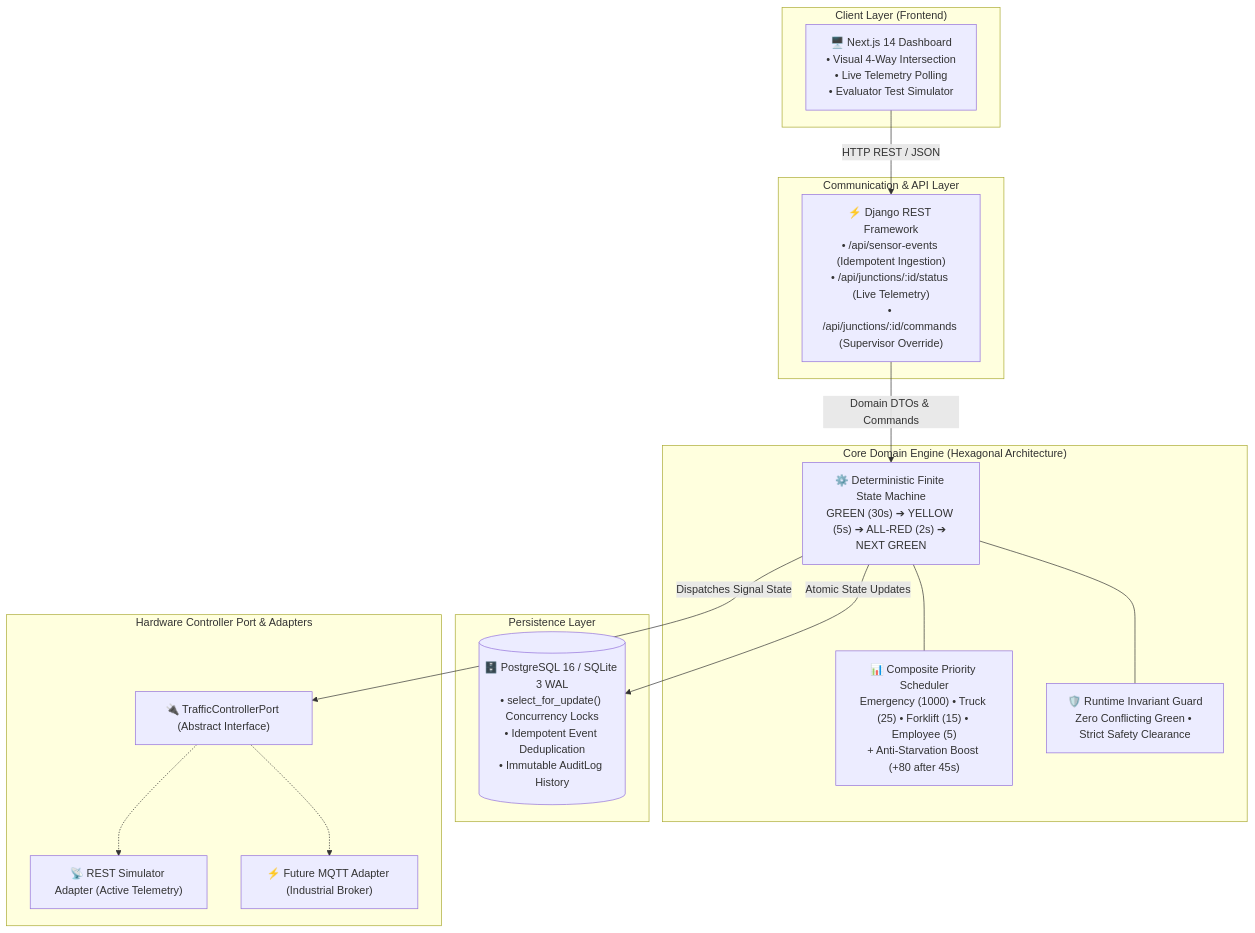
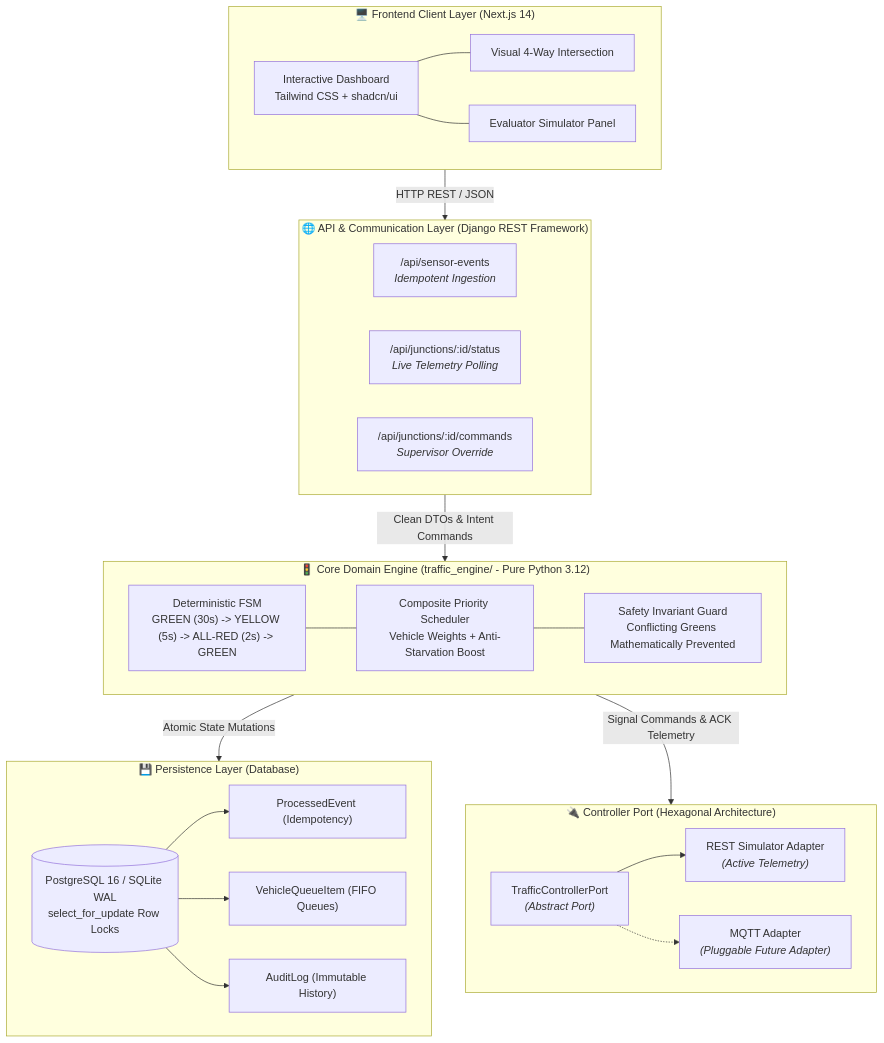
Before and after one commit to ArkaKarmoker/factory-traffic-management-system: the first of 2 diagrams in README.md, drawn with Mermaid.

````diff
--- a/README.md
+++ b/README.md
@@ -19,35 +19,47 @@
 ```mermaid
 flowchart TD
-    subgraph FRONTEND ["Client Layer (Frontend)"]
-        FE["🖥️ Next.js 14 Dashboard<br/>• Visual 4-Way Intersection<br/>• Live Telemetry Polling<br/>• Evaluator Test Simulator"]
+    subgraph FrontendLayer["🖥️ Frontend Client Layer (Next.js 14)"]
+        UI["Interactive Dashboard<br/>Tailwind CSS + shadcn/ui"]
+        Viz["Visual 4-Way Intersection"]
+        Sim["Evaluator Simulator Panel"]
+        UI --- Viz
+        UI --- Sim
     end
 
-    subgraph API_LAYER ["Communication & API Layer"]
-        DRF["⚡ Django REST Framework<br/>• /api/sensor-events (Idempotent Ingestion)<br/>• /api/junctions/:id/status (Live Telemetry)<br/>• /api/junctions/:id/commands (Supervisor Override)"]
+    subgraph ApiLayer["🌐 API & Communication Layer (Django REST Framework)"]
+        SensorAPI["/api/sensor-events<br/><i>Idempotent Ingestion</i>"]
+        StatusAPI["/api/junctions/:id/status<br/><i>Live Telemetry Polling</i>"]
+        CommandAPI["/api/junctions/:id/commands<br/><i>Supervisor Override</i>"]
     end
 
-    subgraph DOMAIN ["Core Domain Engine (Hexagonal Architecture)"]
-        FSM["⚙️ Deterministic Finite State Machine<br/>GREEN (30s) ➔ YELLOW (5s) ➔ ALL-RED (2s) ➔ NEXT GREEN"]
-        SCHED["📊 Composite Priority Scheduler<br/>Emergency (1000) • Truck (25) • Forklift (15) • Employee (5)<br/>+ Anti-Starvation Boost (+80 after 45s)"]
-        INV["🛡️ Runtime Invariant Guard<br/>Zero Conflicting Green • Strict Safety Clearance"]
+    subgraph CoreEngine["🚦 Core Domain Engine (traffic_engine/ - Pure Python 3.12)"]
+        FSM["Deterministic FSM<br/>GREEN (30s) -> YELLOW (5s) -> ALL-RED (2s) -> GREEN"]
+        Scheduler["Composite Priority Scheduler<br/>Vehicle Weights + Anti-Starvation Boost"]
+        Guard["Safety Invariant Guard<br/>Conflicting Greens Mathematically Prevented"]
+        FSM --- Scheduler
+        Scheduler --- Guard
     end
 
-    subgraph STORAGE ["Persistence Layer"]
-        DB[("🗄️ PostgreSQL 16 / SQLite 3 WAL<br/>• select_for_update() Concurrency Locks<br/>• Idempotent Event Deduplication<br/>• Immutable AuditLog History")]
+    subgraph PersistenceLayer["💾 Persistence Layer (Database)"]
+        DB[("PostgreSQL 16 / SQLite WAL<br/>select_for_update Row Locks")]
+        Events["ProcessedEvent (Idempotency)"]
+        Queues["VehicleQueueItem (FIFO Queues)"]
+        Audit["AuditLog (Immutable History)"]
+        DB --> Events
+        DB --> Queues
+        DB --> Audit
     end
 
-    subgraph CONTROLLER ["Hardware Controller Port & Adapters"]
-        PORT["🔌 TrafficControllerPort (Abstract Interface)"]
-        REST_AD["📡 REST Simulator Adapter (Active Telemetry)"]
-        MQTT_AD["⚡ Future MQTT Adapter (Industrial Broker)"]
+    subgraph HardwareLayer["🔌 Controller Port (Hexagonal Architecture)"]
+        Port["TrafficControllerPort<br/><i>(Abstract Port)</i>"]
+        RESTAdapt["REST Simulator Adapter<br/><i>(Active Telemetry)</i>"]
+        MQTTAdapt["MQTT Adapter<br/><i>(Pluggable Future Adapter)</i>"]
+        Port --> RESTAdapt
+        Port -.-> MQTTAdapt
     end
 
-    FE -->|"HTTP REST / JSON"| DRF
-    DRF -->|"Domain DTOs & Commands"| FSM
-    FSM --- SCHED
-    FSM --- INV
-    FSM -->|"Atomic State Updates"| DB
-    FSM -->|"Dispatches Signal State"| PORT
-    PORT -.-> REST_AD
-    PORT -.-> MQTT_AD
+    FrontendLayer -->|HTTP REST / JSON| ApiLayer
+    ApiLayer -->|Clean DTOs & Intent Commands| CoreEngine
+    CoreEngine -->|Atomic State Mutations| PersistenceLayer
+    CoreEngine -->|Signal Commands & ACK Telemetry| HardwareLayer
 ```
````
